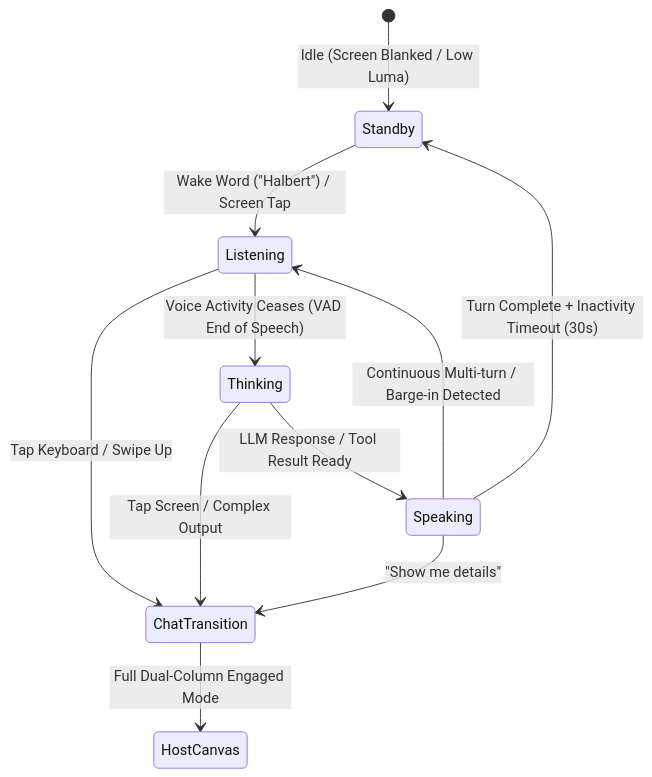
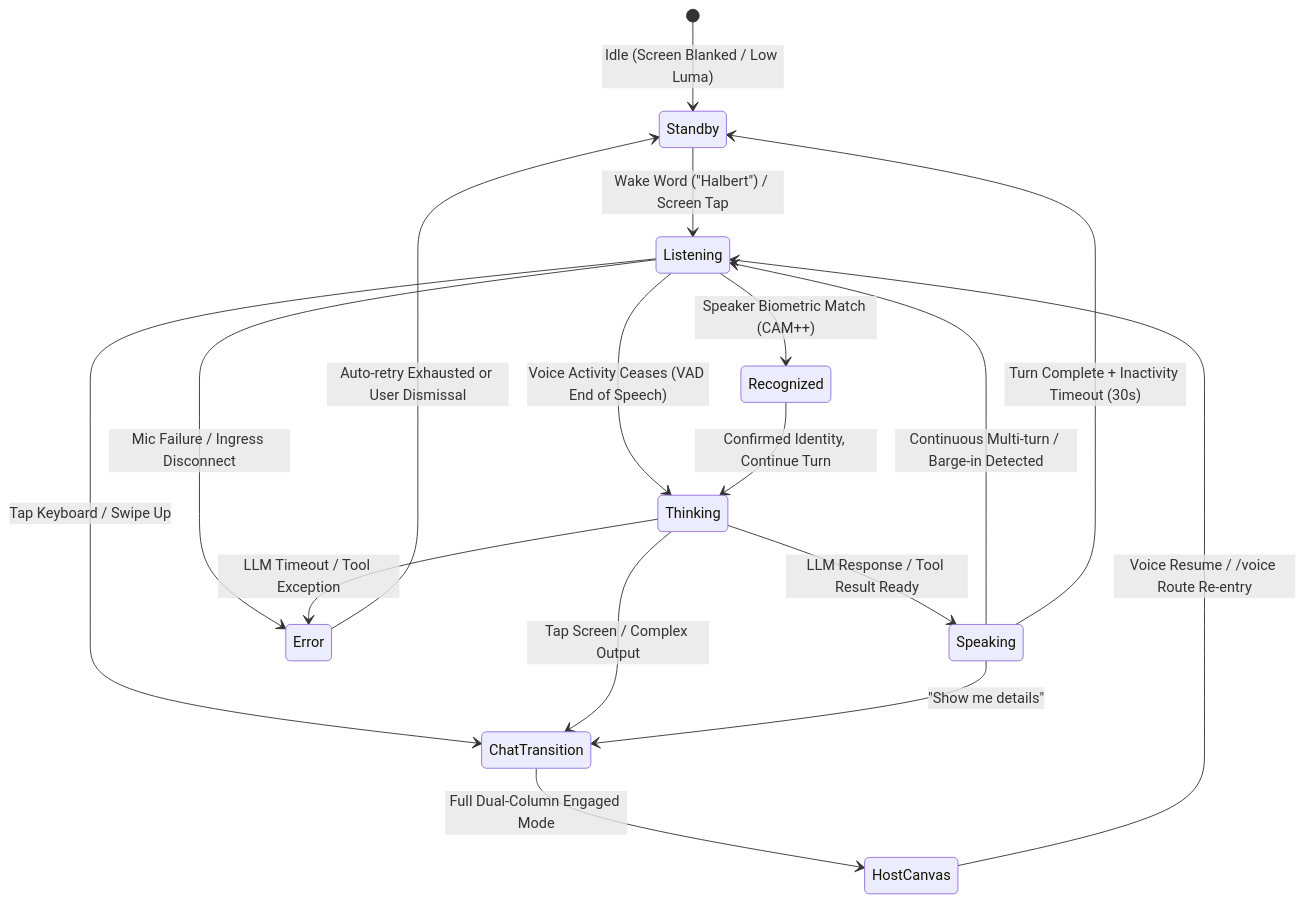
The diagram in documentation/design/15-voice-mode-visual-ui-and-touchscreen-spec.md (EricBintner/Halbert), drawn with Mermaid before and after one commit. The commit also changed other lines of this file, not shown here.

First line of the commit message:
docs(design): bring working-tree refinements of voice mode spec into feature branch

````diff
--- a/documentation/design/15-voice-mode-visual-ui-and-touchscreen-spec.md
+++ b/documentation/design/15-voice-mode-visual-ui-and-touchscreen-spec.md
@@ -127,15 +171,21 @@
 ```mermaid
 stateDiagram-v2
     [*] --> Standby: Idle (Screen Blanked / Low Luma)
-    
+
     Standby --> Listening: Wake Word ("Halbert") / Screen Tap
+    Listening --> Recognized: Speaker Biometric Match (CAM++)
     Listening --> Thinking: Voice Activity Ceases (VAD End of Speech)
+    Recognized --> Thinking: Confirmed Identity, Continue Turn
     Thinking --> Speaking: LLM Response / Tool Result Ready
     Speaking --> Listening: Continuous Multi-turn / Barge-in Detected
     Speaking --> Standby: Turn Complete + Inactivity Timeout (30s)
-    
+    Listening --> Error: Mic Failure / Ingress Disconnect
+    Thinking --> Error: LLM Timeout / Tool Exception
+    Error --> Standby: Auto-retry Exhausted or User Dismissal
+
     Listening --> ChatTransition: Tap Keyboard / Swipe Up
     Thinking --> ChatTransition: Tap Screen / Complex Output
     Speaking --> ChatTransition: "Show me details"
     ChatTransition --> HostCanvas: Full Dual-Column Engaged Mode
+    HostCanvas --> Listening: Voice Resume / /voice Route Re-entry
 ```
````
